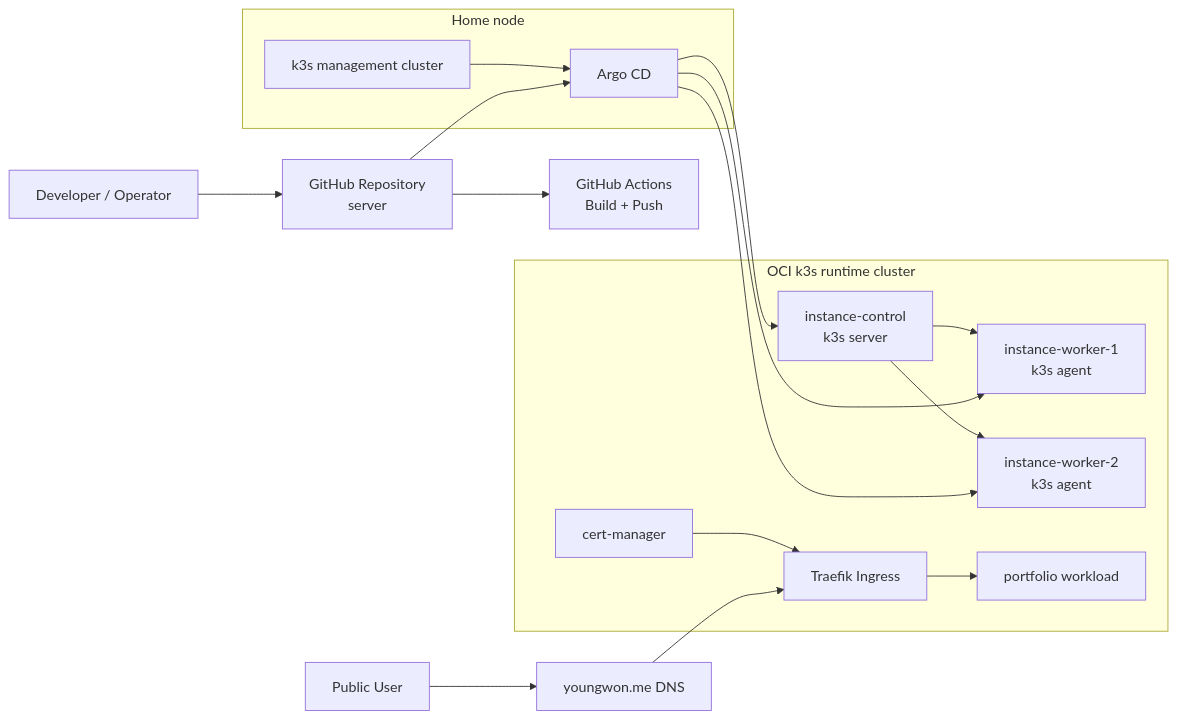
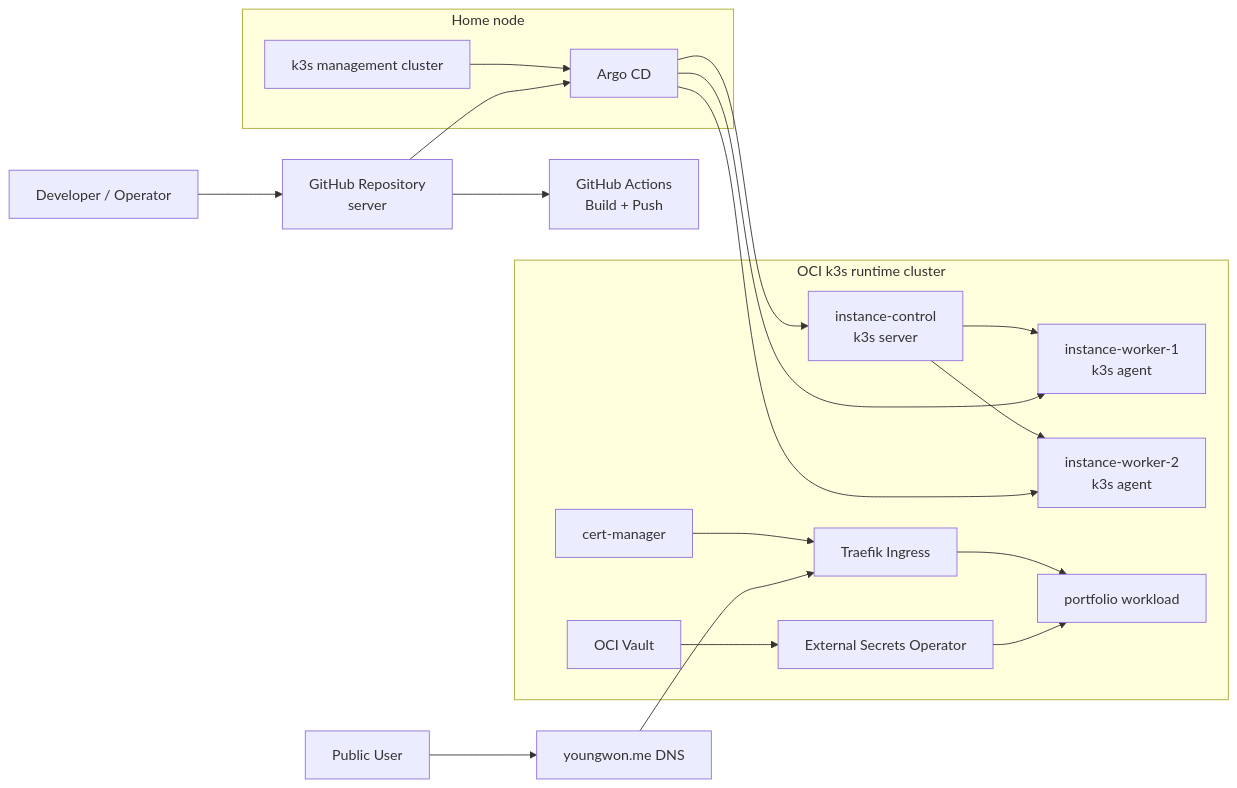
Before and after one commit to yw7148/server: the diagram in README.md, drawn with Mermaid. The commit also changed other lines of this file and 16 other files, not shown here.

Commit message:
feat: integrate OCI Vault secrets for portfolio

````diff
--- a/README.md
+++ b/README.md
@@ -3,37 +3,41 @@
 ```mermaid
 flowchart LR
     DEV[Developer / Operator]
     GH[GitHub Repository<br/>server]
     GHA[GitHub Actions<br/>Build + Push]
     USER[Public User]
     DNS[youngwon.me DNS]
 
     subgraph HOME[Home node]
         HOMEK3S[k3s management cluster]
         ARGO[Argo CD]
         HOMEK3S --> ARGO
     end
 
     subgraph OCI[OCI k3s runtime cluster]
         CONTROL[instance-control<br/>k3s server]
         WORKER1[instance-worker-1<br/>k3s agent]
         WORKER2[instance-worker-2<br/>k3s agent]
         TRAEFIK[Traefik Ingress]
         CERT[cert-manager]
+        ESO[External Secrets Operator]
+        VAULT[OCI Vault]
         APP[portfolio workload]
 
         CONTROL --> WORKER1
         CONTROL --> WORKER2
         TRAEFIK --> APP
         CERT --> TRAEFIK
+        ESO --> APP
+        VAULT --> ESO
     end
 
     DEV --> GH
     GH --> GHA
     GH --> ARGO
     ARGO --> CONTROL
     ARGO --> WORKER1
     ARGO --> WORKER2
     USER --> DNS
     DNS --> TRAEFIK
 ```
````
